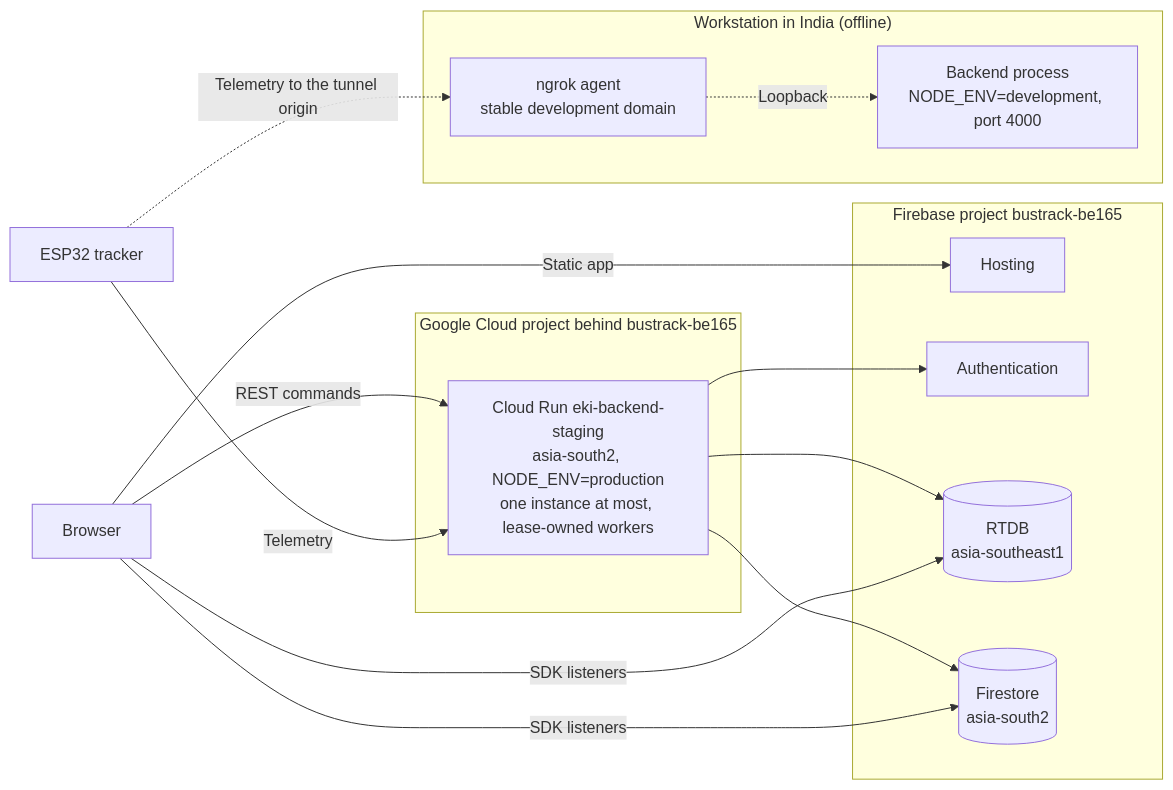
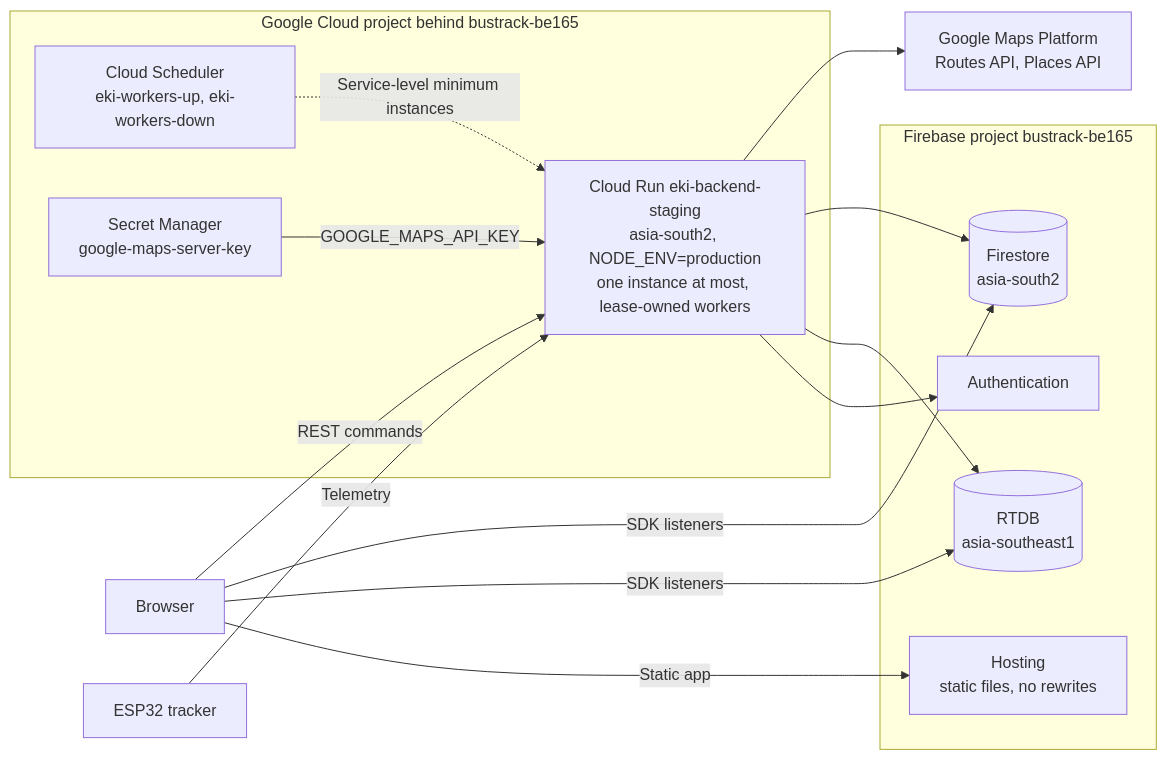
The third of 6 diagrams in docs/design/ARCHITECTURE.md (notnamansinha/Eki), drawn with Mermaid before and after one commit. The commit also changed other lines of this file and 112 other files, not shown here.

````diff
--- a/docs/design/ARCHITECTURE.md
+++ b/docs/design/ARCHITECTURE.md
@@ -133,28 +133,28 @@
 ```mermaid
 flowchart LR
     phone["Browser"]
     esp["ESP32 tracker"]
     subgraph gcp["Google Cloud project behind bustrack-be165"]
         run["Cloud Run eki-backend-staging<br/>asia-south2, NODE_ENV=production<br/>one instance at most, lease-owned workers"]
-    end
-    subgraph ws["Workstation in India (offline)"]
-        ngrok["ngrok agent<br/>stable development domain"]
-        proc1["Backend process<br/>NODE_ENV=development, port 4000"]
+        sched["Cloud Scheduler<br/>eki-workers-up, eki-workers-down"]
+        sm["Secret Manager<br/>google-maps-server-key"]
     end
     subgraph fb["Firebase project bustrack-be165"]
-        host["Hosting"]
+        host["Hosting<br/>static files, no rewrites"]
         authn["Authentication"]
         db1[("RTDB<br/>asia-southeast1")]
         db2[("Firestore<br/>asia-south2")]
     end
+    maps["Google Maps Platform<br/>Routes API, Places API"]
     phone -->|"Static app"| host
     phone -->|"REST commands"| run
     esp -->|"Telemetry"| run
-    esp -.->|"Telemetry to the tunnel origin"| ngrok
-    ngrok -.->|"Loopback"| proc1
+    sched -.->|"Service-level minimum instances"| run
+    sm -->|"GOOGLE_MAPS_API_KEY"| run
     run --> authn
     run --> db1
     run --> db2
+    run --> maps
     phone -->|"SDK listeners"| db1
     phone -->|"SDK listeners"| db2
 ```
````
